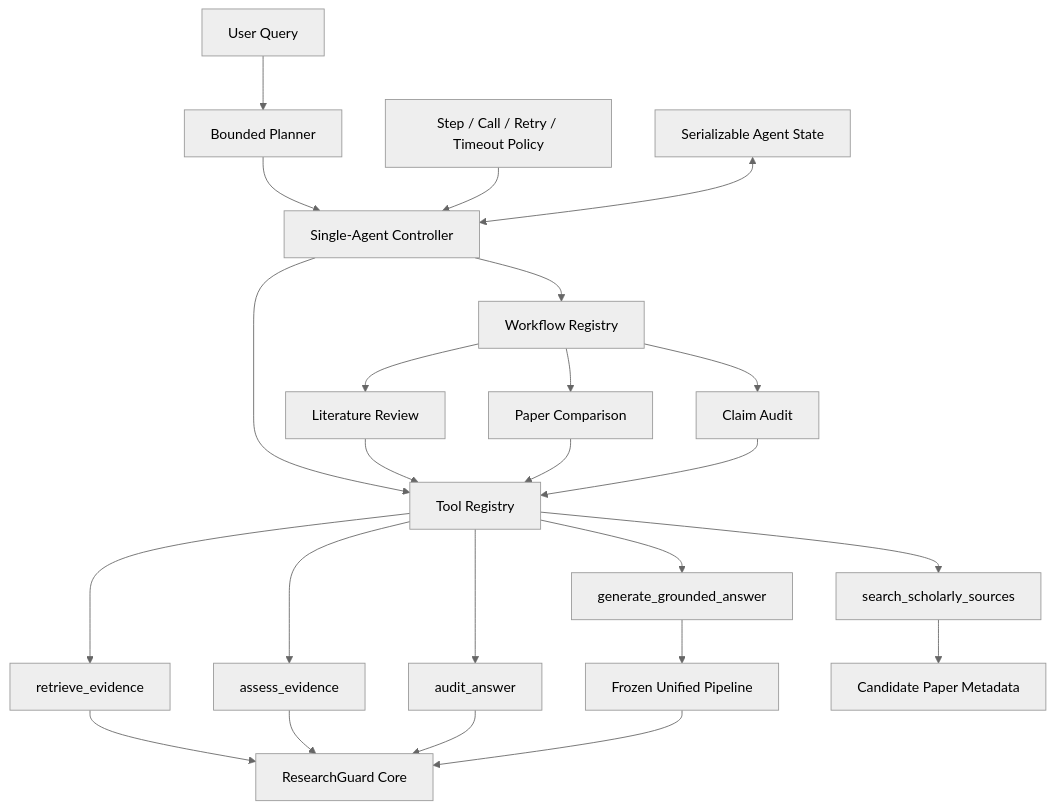
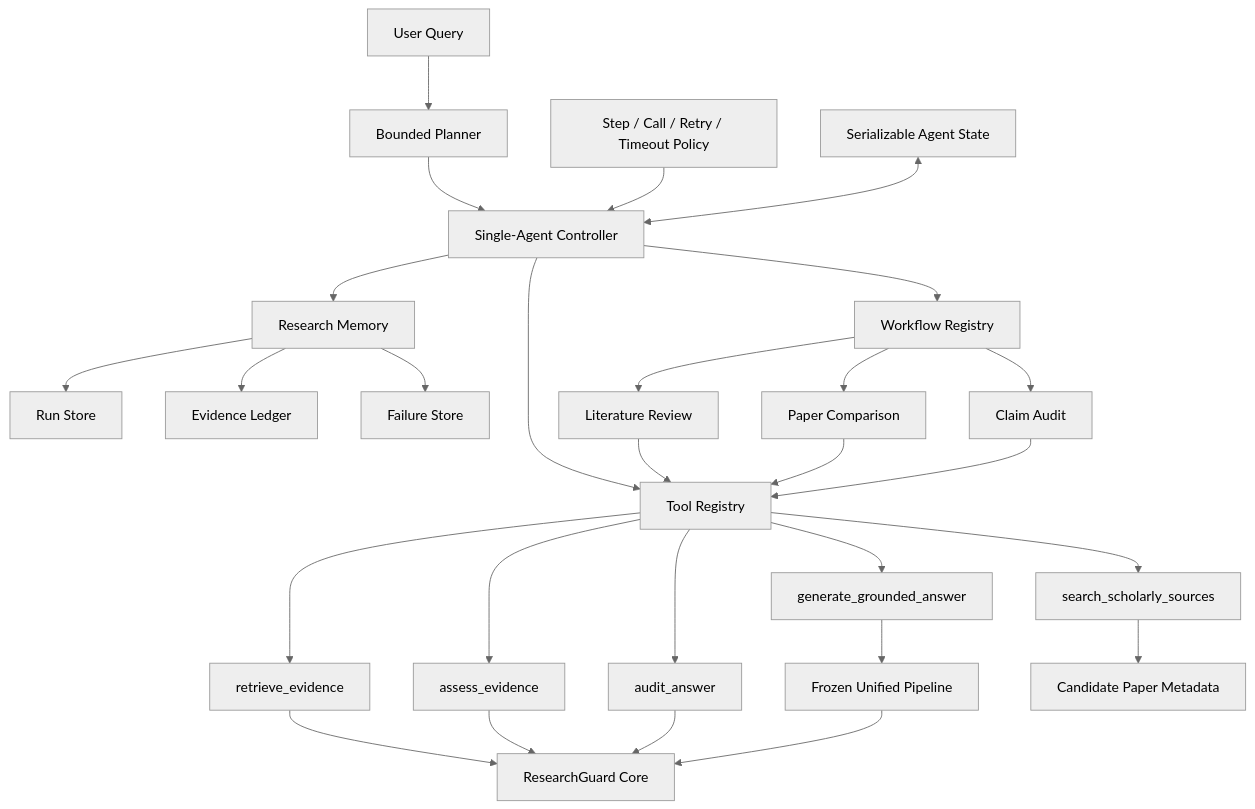
One commit to Xzh1844963039/ResearchGuard-Agent changed the second of 2 diagrams in README.md. Above: the diagram before and after it, drawn with Mermaid (neutral theme). The commit also changed other lines of this file and 17 other files, not shown here.

Commit message:
feat: add research memory and evidence ledger v1

````diff
--- a/README.md
+++ b/README.md
@@ -35,26 +35,30 @@
 ```mermaid
 flowchart TD
     Query["User Query"] --> Planner["Bounded Planner"]
     Planner --> Controller["Single-Agent Controller"]
     Policy["Step / Call / Retry / Timeout Policy"] --> Controller
     State["Serializable Agent State"] <--> Controller
+    Controller --> Memory["Research Memory"]
+    Memory --> RunStore["Run Store"]
+    Memory --> Ledger["Evidence Ledger"]
+    Memory --> FailureStore["Failure Store"]
     Controller --> WorkflowRegistry["Workflow Registry"]
     Controller --> Registry["Tool Registry"]
     WorkflowRegistry --> Review["Literature Review"]
     WorkflowRegistry --> Compare["Paper Comparison"]
     WorkflowRegistry --> Claim["Claim Audit"]
     Review --> Registry
     Compare --> Registry
     Claim --> Registry
     Registry --> RetrievalTool["retrieve_evidence"]
     Registry --> EvidenceTool["assess_evidence"]
     Registry --> AnswerTool["generate_grounded_answer"]
     Registry --> AuditTool["audit_answer"]
     Registry --> ScholarTool["search_scholarly_sources"]
     RetrievalTool --> Core["ResearchGuard Core"]
     EvidenceTool --> Core
     AnswerTool --> Pipeline["Frozen Unified Pipeline"]
     AuditTool --> Core
     ScholarTool --> Candidates["Candidate Paper Metadata"]
     Pipeline --> Core
 ```
````
